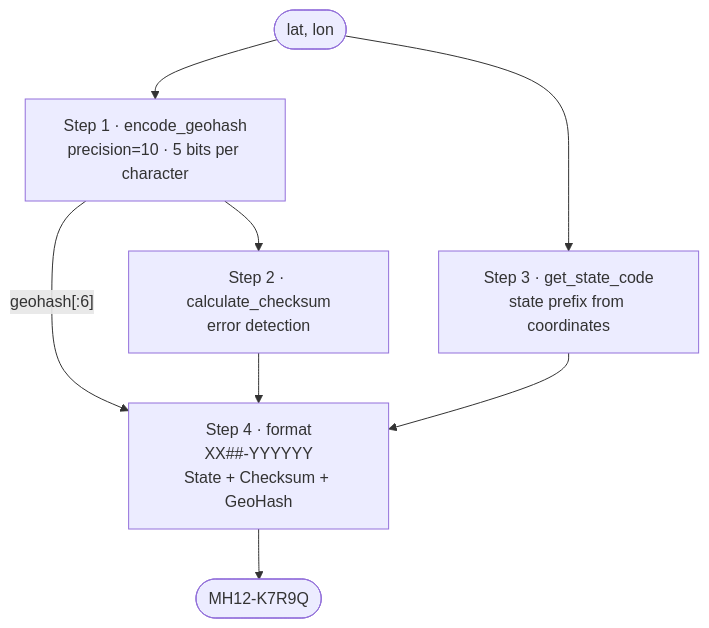
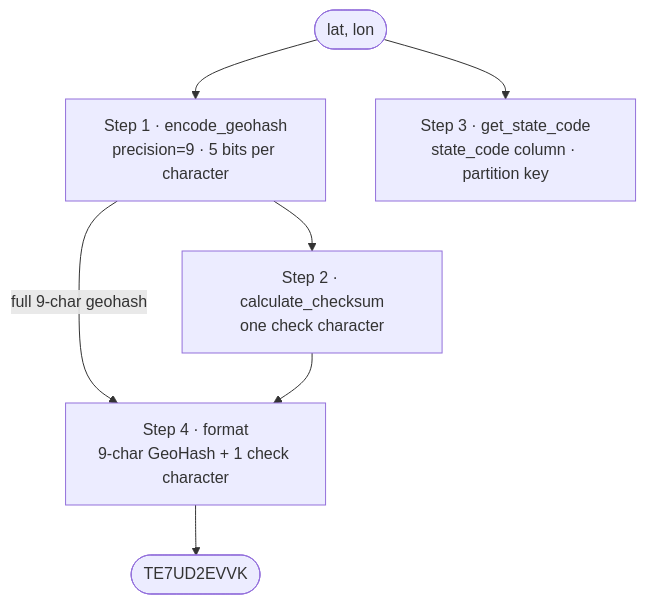
Before and after one commit to himanshkukreja/himanshu-kukreja-portfolio: the fourth of 7 diagrams in content/stories/digipin-scalable-location-service.md, drawn with Mermaid. The commit also changed other lines of this file and 14 other files, not shown here.

````diff
--- a/content/stories/digipin-scalable-location-service.md
+++ b/content/stories/digipin-scalable-location-service.md
@@ -254,11 +258,10 @@
 ```mermaid
 %% title: DIGIPIN generation
 flowchart TD
-    IN(["lat, lon"]):::client --> G["Step 1 · encode_geohash<br/>precision=10 · 5 bits per character"]:::core
-    G --> CK["Step 2 · calculate_checksum<br/>error detection"]:::service
-    IN --> SC["Step 3 · get_state_code<br/>state prefix from coordinates"]:::service
-    G -->|"geohash[:6]"| F["Step 4 · format<br/>XX##-YYYYYY<br/>State + Checksum + GeoHash"]:::hot
+    IN(["lat, lon"]):::client --> G["Step 1 · encode_geohash<br/>precision=9 · 5 bits per character"]:::core
+    G --> CK["Step 2 · calculate_checksum<br/>one check character"]:::service
+    IN --> SC["Step 3 · get_state_code<br/>state_code column · partition key"]:::service
+    G -->|"full 9-char geohash"| F["Step 4 · format<br/>9-char GeoHash + 1 check character"]:::hot
     CK --> F
-    SC --> F
-    F --> OUT(["MH12-K7R9Q"]):::ok
+    F --> OUT(["TE7UD2EVVK"]):::ok
 ```
````
